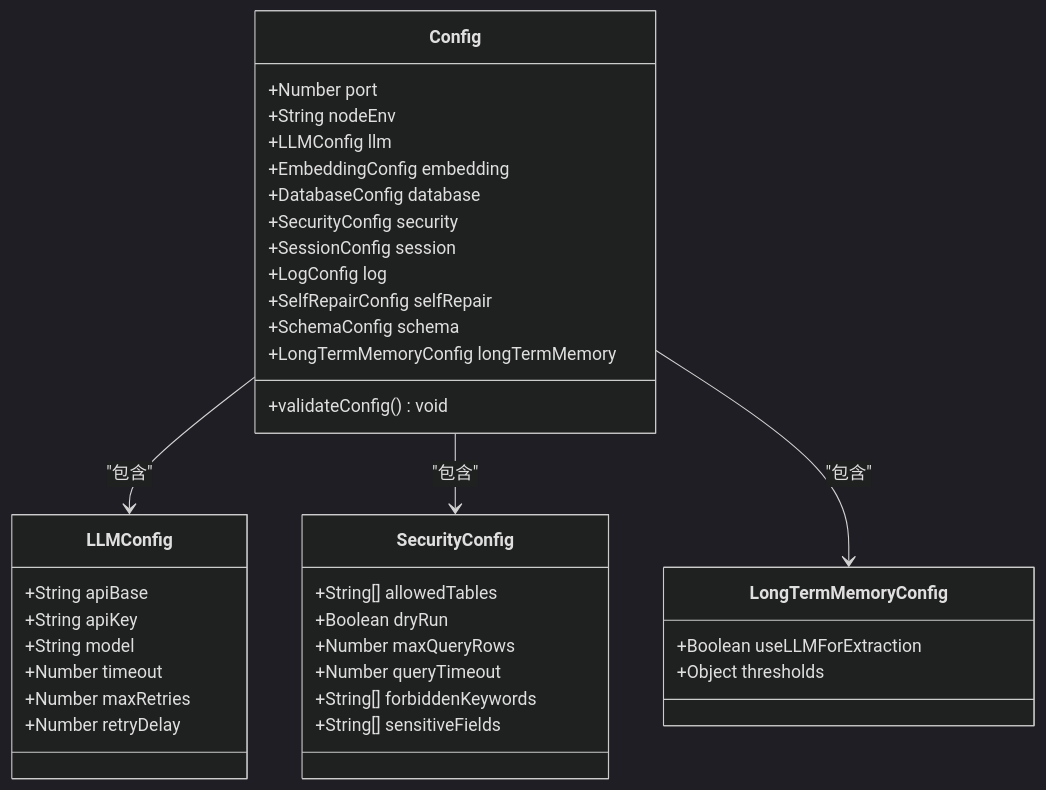
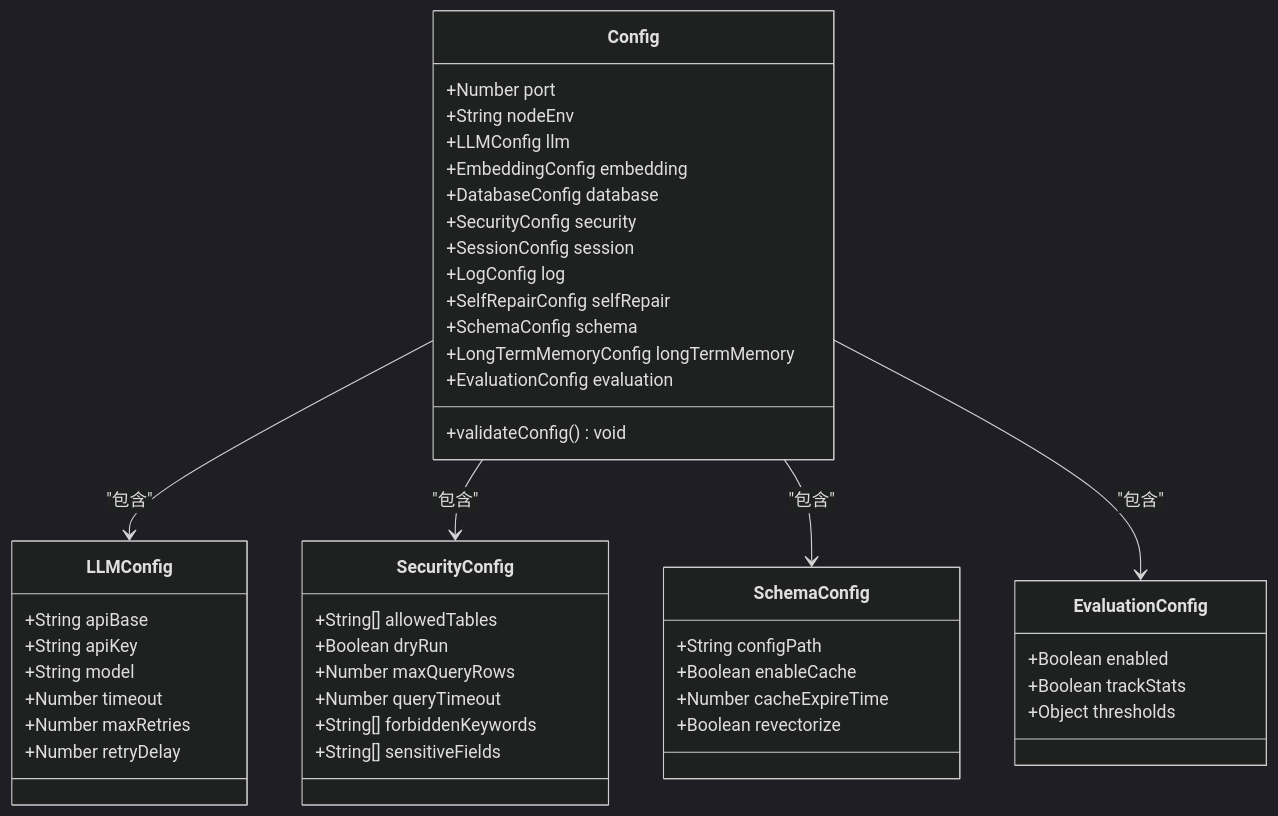
Diagram 19 of 21 in .qoder/repowiki/zh/content/架构设计/NL2SQL系统架构设计.md (HanHuiOnLine/724-office), drawn with Mermaid (dark theme) before and after one commit. The commit also changed other lines of this file and 5 other files, not shown here.

````diff
--- a/.qoder/repowiki/zh/content/架构设计/NL2SQL系统架构设计.md
+++ b/.qoder/repowiki/zh/content/架构设计/NL2SQL系统架构设计.md
@@ -543,40 +633,49 @@
 ```mermaid
 classDiagram
 class Config {
 +Number port
 +String nodeEnv
 +LLMConfig llm
 +EmbeddingConfig embedding
 +DatabaseConfig database
 +SecurityConfig security
 +SessionConfig session
 +LogConfig log
 +SelfRepairConfig selfRepair
 +SchemaConfig schema
 +LongTermMemoryConfig longTermMemory
++EvaluationConfig evaluation
 +validateConfig() void
 }
 class LLMConfig {
 +String apiBase
 +String apiKey
 +String model
 +Number timeout
 +Number maxRetries
 +Number retryDelay
 }
 class SecurityConfig {
 +String[] allowedTables
 +Boolean dryRun
 +Number maxQueryRows
 +Number queryTimeout
 +String[] forbiddenKeywords
 +String[] sensitiveFields
 }
-class LongTermMemoryConfig {
-+Boolean useLLMForExtraction
+class SchemaConfig {
++String configPath
++Boolean enableCache
++Number cacheExpireTime
++Boolean revectorize
+}
+class EvaluationConfig {
++Boolean enabled
++Boolean trackStats
 +Object thresholds
 }
 Config --> LLMConfig : "包含"
 Config --> SecurityConfig : "包含"
-Config --> LongTermMemoryConfig : "包含"
+Config --> SchemaConfig : "包含"
+Config --> EvaluationConfig : "包含"
 ```
````
